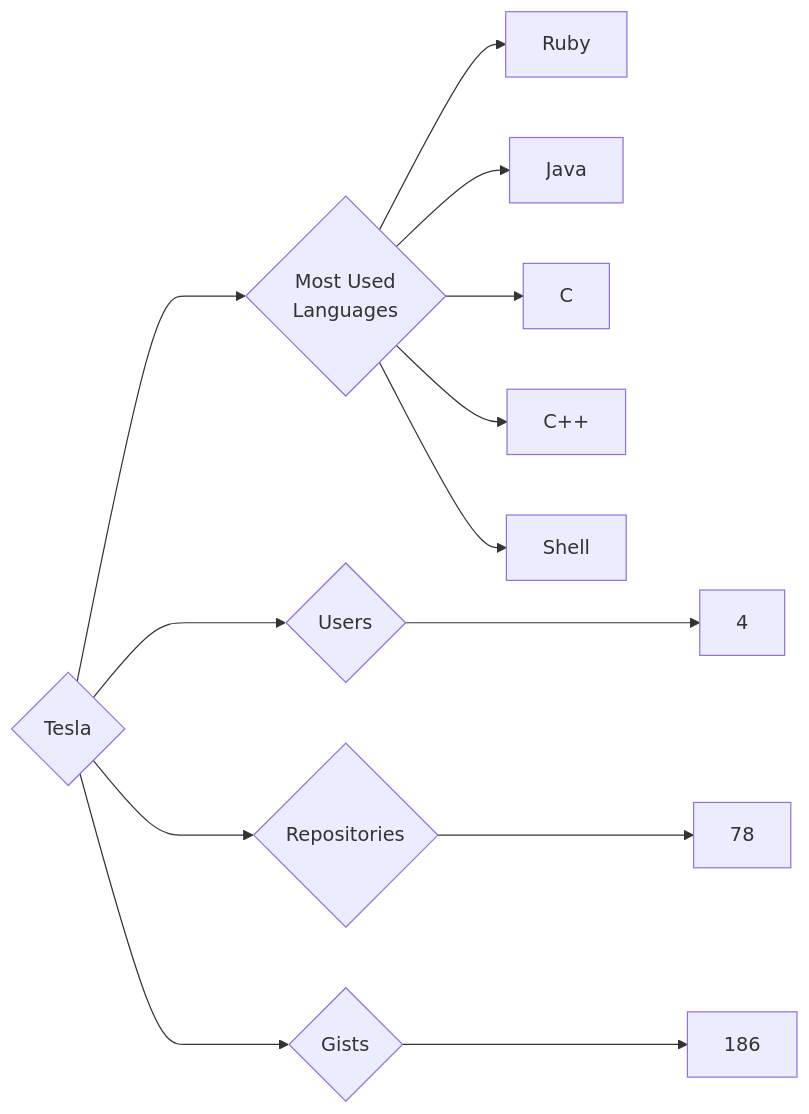
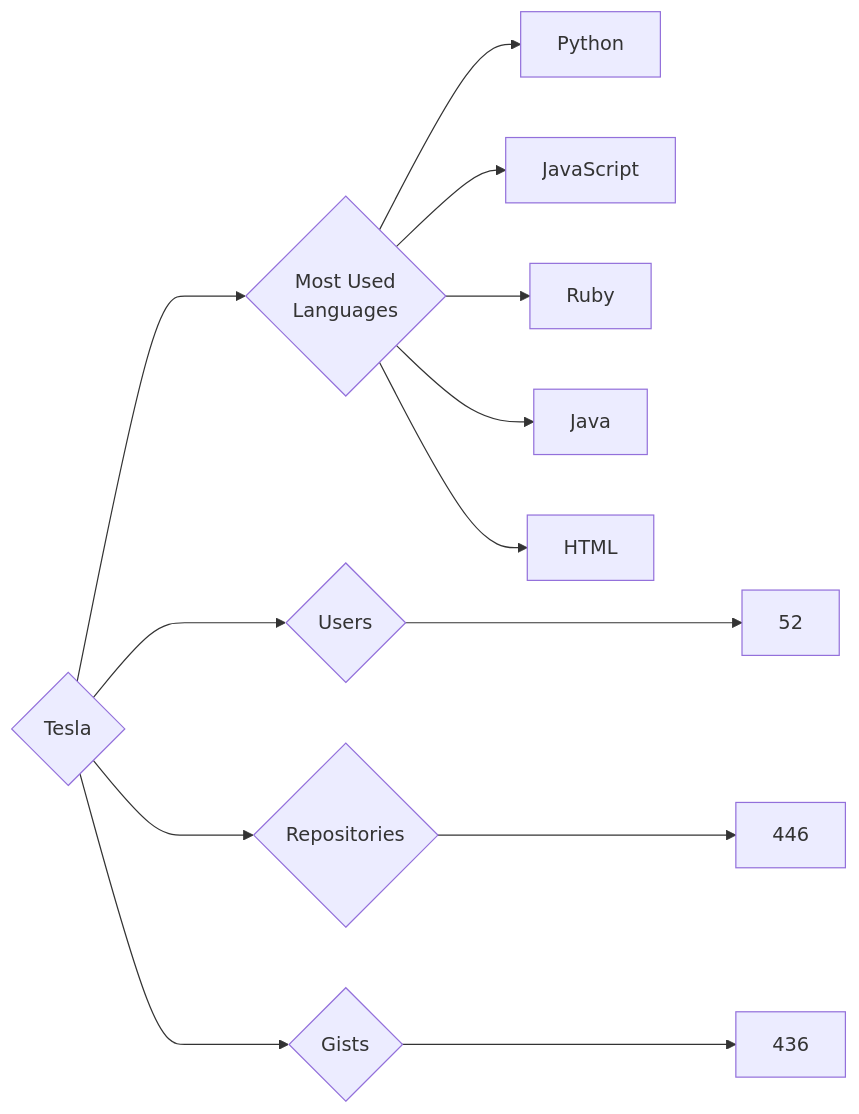
One commit to trickest/insiders changed the diagram in targets/Tesla/README.md. Above: the diagram before and after it, drawn with Mermaid. The commit also changed 773 other files, not shown here.

````diff
--- a/targets/Tesla/README.md
+++ b/targets/Tesla/README.md
@@ -3,13 +3,13 @@
 ```mermaid
 graph LR
 COMPANY_NAME{Tesla}
-COMPANY_NAME ---> U{Users} ---> UN[4]
-COMPANY_NAME ---> R{Repositories} ---> RN[78]
-COMPANY_NAME ---> G{Gists} ---> GN[186]
+COMPANY_NAME ---> U{Users} ---> UN[52]
+COMPANY_NAME ---> R{Repositories} ---> RN[446]
+COMPANY_NAME ---> G{Gists} ---> GN[436]
 COMPANY_NAME ---> ML{Most Used<br>Languages}
+ML --> Python[Python]
+ML --> JavaScript[JavaScript]
 ML --> Ruby[Ruby]
 ML --> Java[Java]
-ML --> C[C]
-ML --> C++[C++]
-ML --> Shell[Shell]
+ML --> HTML[HTML]
 ```
````
